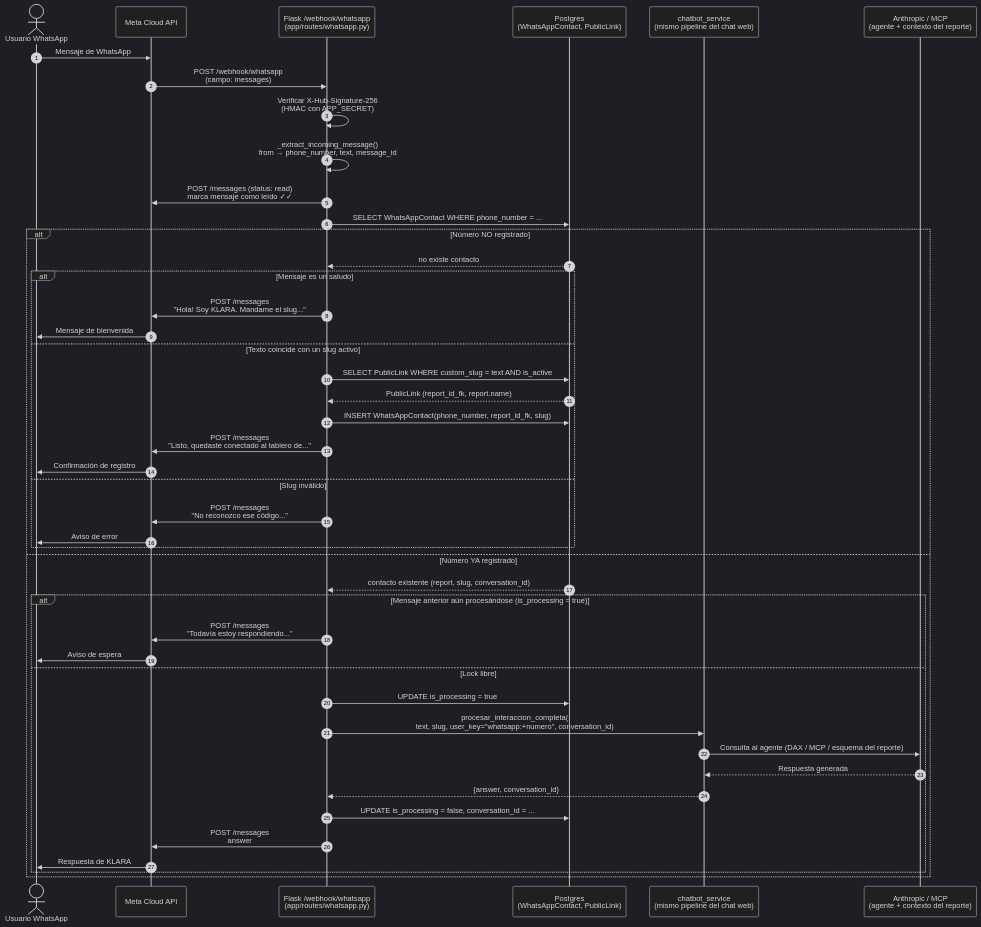
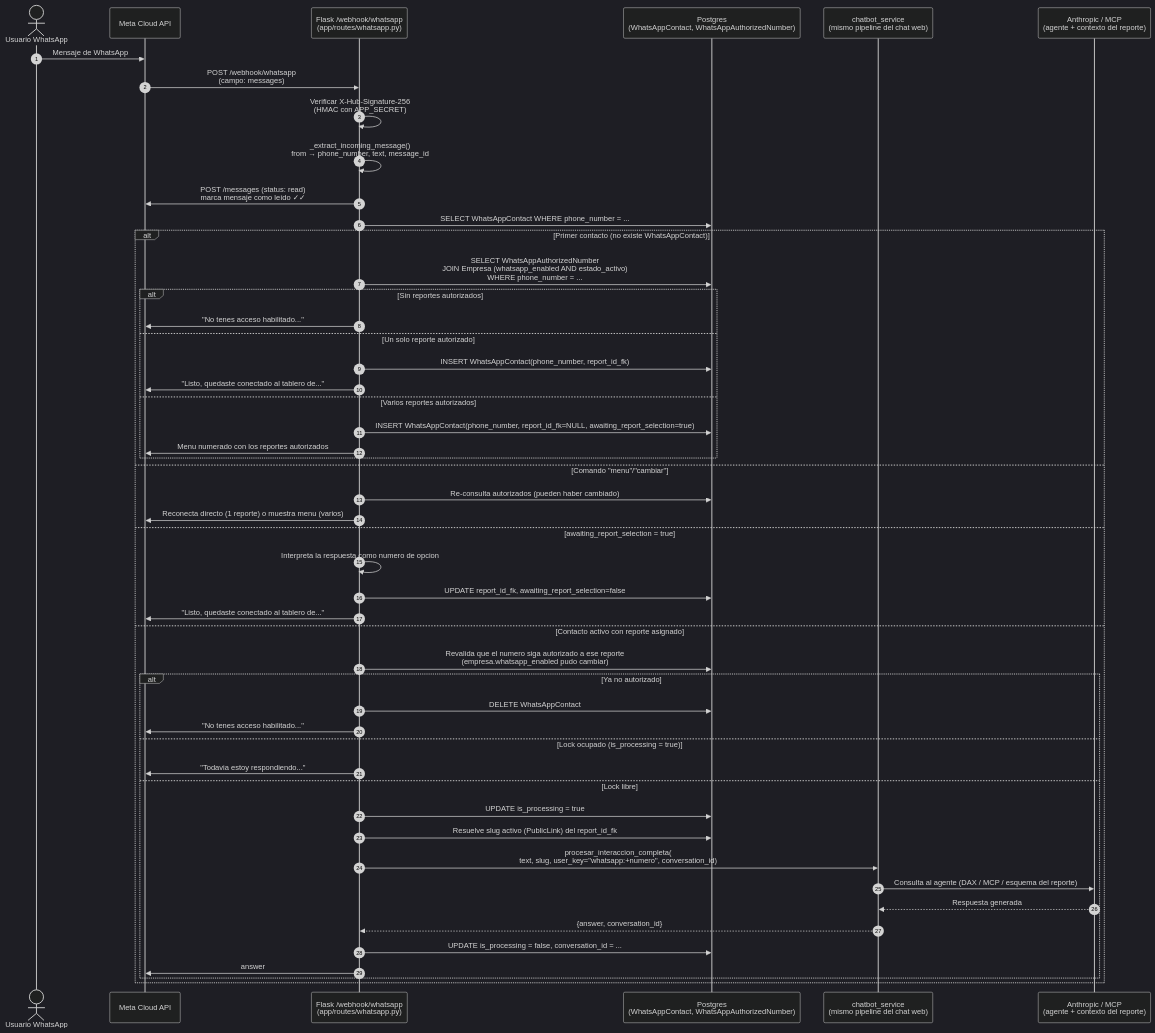
Before and after one commit to gonzalocandia92/powerbi-flask-embed: the diagram in docs/whatsapp-meta-api.md, drawn with Mermaid (dark theme). The commit also changed other lines of this file and 2 other files, not shown here.

Commit message:
docs: update WhatsApp integration doc and drop unused contact TTL

````diff
--- a/docs/whatsapp-meta-api.md
+++ b/docs/whatsapp-meta-api.md
@@ -11,52 +15,57 @@
 ```mermaid
 sequenceDiagram
     autonumber
     actor U as Usuario WhatsApp
     participant META as Meta Cloud API
     participant FW as Flask /webhook/whatsapp<br/>(app/routes/whatsapp.py)
-    participant DB as Postgres<br/>(WhatsAppContact, PublicLink)
+    participant DB as Postgres<br/>(WhatsAppContact, WhatsAppAuthorizedNumber)
     participant CB as chatbot_service<br/>(mismo pipeline del chat web)
     participant LLM as Anthropic / MCP<br/>(agente + contexto del reporte)
 
     U->>META: Mensaje de WhatsApp
     META->>FW: POST /webhook/whatsapp<br/>(campo: messages)
     FW->>FW: Verificar X-Hub-Signature-256<br/>(HMAC con APP_SECRET)
     FW->>FW: _extract_incoming_message()<br/>from → phone_number, text, message_id
     FW->>META: POST /messages (status: read)<br/>marca mensaje como leído ✓✓
     FW->>DB: SELECT WhatsAppContact WHERE phone_number = ...
 
-    alt Número NO registrado
-        DB-->>FW: no existe contacto
-
-        alt Mensaje es un saludo
-            FW->>META: POST /messages<br/>"Hola! Soy KLARA. Mandame el slug..."
-            META->>U: Mensaje de bienvenida
-        else Texto coincide con un slug activo
-            FW->>DB: SELECT PublicLink WHERE custom_slug = text AND is_active
-            DB-->>FW: PublicLink (report_id_fk, report.name)
-            FW->>DB: INSERT WhatsAppContact(phone_number, report_id_fk, slug)
-            FW->>META: POST /messages<br/>"Listo, quedaste conectado al tablero de..."
-            META->>U: Confirmación de registro
-        else Slug inválido
-            FW->>META: POST /messages<br/>"No reconozco ese código..."
-            META->>U: Aviso de error
+    alt Primer contacto (no existe WhatsAppContact)
+        FW->>DB: SELECT WhatsAppAuthorizedNumber<br/>JOIN Empresa (whatsapp_enabled AND estado_activo)<br/>WHERE phone_number = ...
+        alt Sin reportes autorizados
+            FW->>META: "No tenes acceso habilitado..."
+        else Un solo reporte autorizado
+            FW->>DB: INSERT WhatsAppContact(phone_number, report_id_fk)
+            FW->>META: "Listo, quedaste conectado al tablero de..."
+        else Varios reportes autorizados
+            FW->>DB: INSERT WhatsAppContact(phone_number, report_id_fk=NULL, awaiting_report_selection=true)
+            FW->>META: Menu numerado con los reportes autorizados
         end
 
-    else Número YA registrado
-        DB-->>FW: contacto existente (report, slug, conversation_id)
+    else Comando "menu"/"cambiar"
+        FW->>DB: Re-consulta autorizados (pueden haber cambiado)
+        FW->>META: Reconecta directo (1 reporte) o muestra menu (varios)
 
-        alt Mensaje anterior aún procesándose (is_processing = true)
-            FW->>META: POST /messages<br/>"Todavía estoy respondiendo..."
-            META->>U: Aviso de espera
+    else awaiting_report_selection = true
+        FW->>FW: Interpreta la respuesta como numero de opcion
+        FW->>DB: UPDATE report_id_fk, awaiting_report_selection=false
+        FW->>META: "Listo, quedaste conectado al tablero de..."
+
+    else Contacto activo con reporte asignado
+        FW->>DB: Revalida que el numero siga autorizado a ese reporte<br/>(empresa.whatsapp_enabled pudo cambiar)
+        alt Ya no autorizado
+            FW->>DB: DELETE WhatsAppContact
+            FW->>META: "No tenes acceso habilitado..."
+        else Lock ocupado (is_processing = true)
+            FW->>META: "Todavia estoy respondiendo..."
         else Lock libre
             FW->>DB: UPDATE is_processing = true
+            FW->>DB: Resuelve slug activo (PublicLink) del report_id_fk
             FW->>CB: procesar_interaccion_completa(<br/>text, slug, user_key="whatsapp:+numero", conversation_id)
             CB->>LLM: Consulta al agente (DAX / MCP / esquema del reporte)
             LLM-->>CB: Respuesta generada
             CB-->>FW: {answer, conversation_id}
             FW->>DB: UPDATE is_processing = false, conversation_id = ...
-            FW->>META: POST /messages<br/>answer
-            META->>U: Respuesta de KLARA
+            FW->>META: answer
         end
     end
 ```
````
